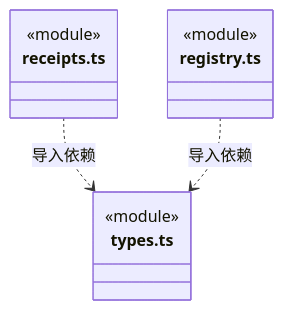
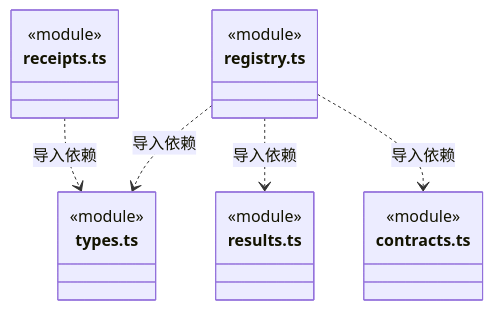
The tenth of 11 diagrams in src/backend/core/tools/ARCHITECTURE.md (nan023062/cbim), drawn with Mermaid before and after one commit. The commit also changed other lines of this file and 28 other files, not shown here.

````diff
--- a/src/backend/core/tools/ARCHITECTURE.md
+++ b/src/backend/core/tools/ARCHITECTURE.md
@@ -191,14 +231,22 @@
 ```mermaid
 classDiagram
 class N_src_backend_core_tools_receipts_ts["receipts.ts"] {
   <<module>>
 }
 class N_src_backend_core_tools_types_ts["types.ts"] {
   <<module>>
 }
 class N_src_backend_core_tools_registry_ts["registry.ts"] {
   <<module>>
 }
+class N_src_backend_core_tools_results_ts["results.ts"] {
+  <<module>>
+}
+class N_src_backend_core_tools_contracts_ts["contracts.ts"] {
+  <<module>>
+}
 N_src_backend_core_tools_receipts_ts ..> N_src_backend_core_tools_types_ts : 导入依赖
 N_src_backend_core_tools_registry_ts ..> N_src_backend_core_tools_types_ts : 导入依赖
+N_src_backend_core_tools_registry_ts ..> N_src_backend_core_tools_results_ts : 导入依赖
+N_src_backend_core_tools_registry_ts ..> N_src_backend_core_tools_contracts_ts : 导入依赖
 ```
````
